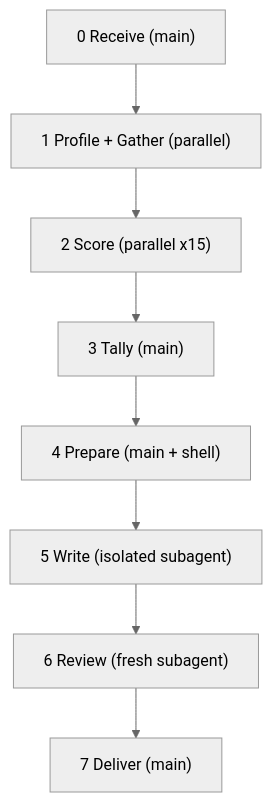
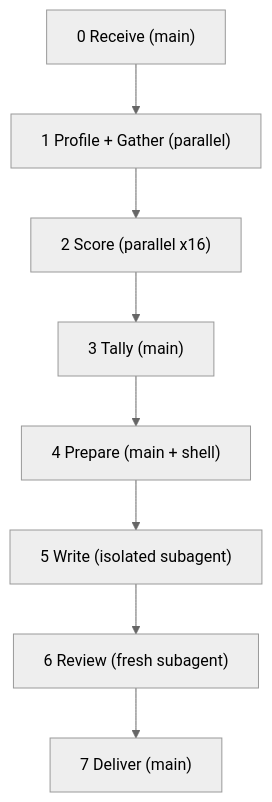
The diagram in tools-wg21/cheat-finder.md (cppalliance/tools-public), drawn with Mermaid (neutral theme) before and after one commit. The commit also changed other lines of this file and 2 other files, not shown here.

````diff
--- a/tools-wg21/cheat-finder.md
+++ b/tools-wg21/cheat-finder.md
@@ -19,10 +19,10 @@
 ```mermaid
 flowchart TD
     S0["0 Receive (main)"] --> S1["1 Profile + Gather (parallel)"]
-    S1 --> S2["2 Score (parallel x15)"]
+    S1 --> S2["2 Score (parallel x16)"]
     S2 --> S3["3 Tally (main)"]
     S3 --> S4["4 Prepare (main + shell)"]
     S4 --> S5["5 Write (isolated subagent)"]
     S5 --> S6["6 Review (fresh subagent)"]
     S6 --> S7["7 Deliver (main)"]
 ```
````
